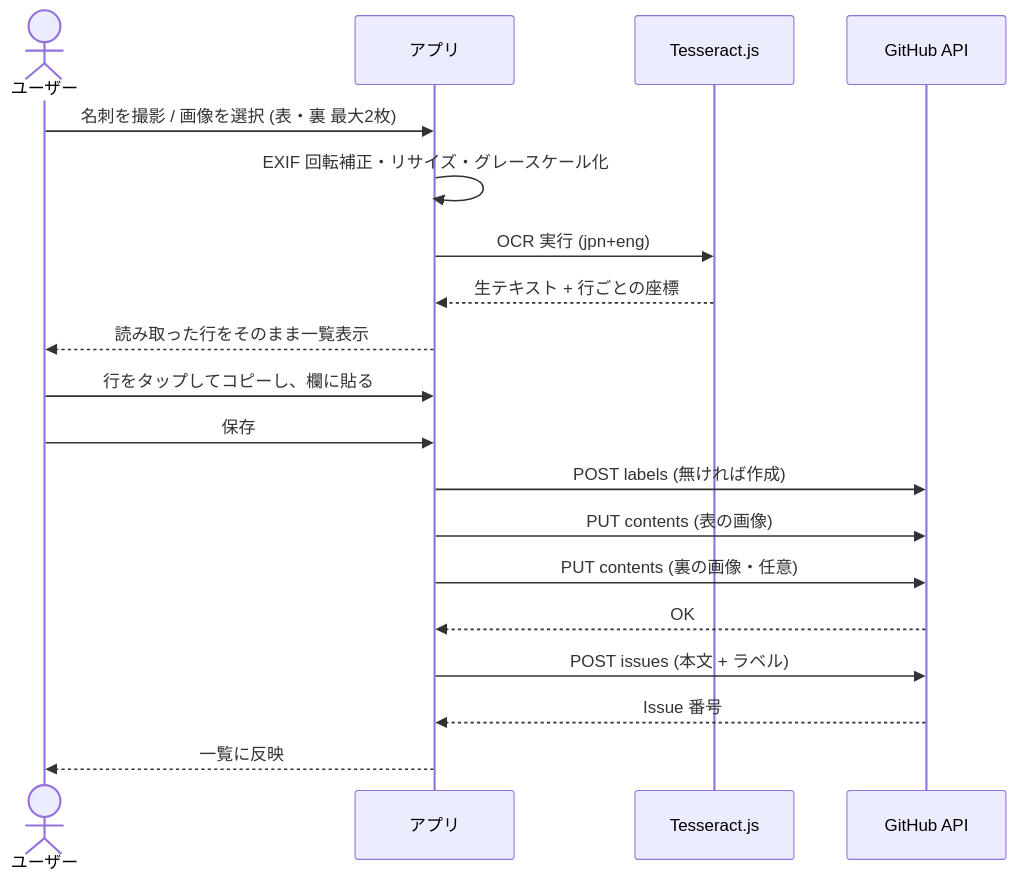
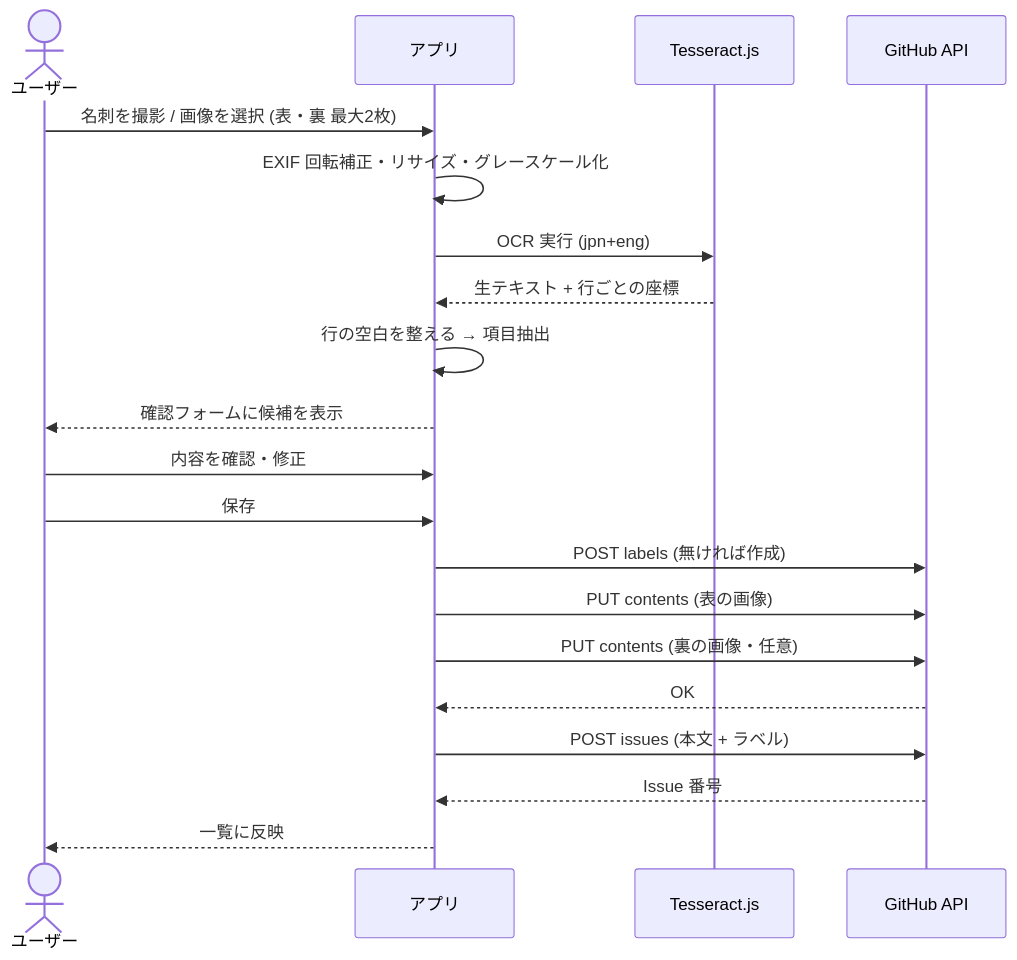
The second of 2 diagrams in docs/architecture.md (ry32767/NameCardRecorder), drawn with Mermaid before and after one commit. The commit also changed other lines of this file and 17 other files, not shown here.

````diff
--- a/docs/architecture.md
+++ b/docs/architecture.md
@@ -204,21 +205,22 @@
 ```mermaid
 sequenceDiagram
     actor U as ユーザー
     participant A as アプリ
     participant T as Tesseract.js
     participant G as GitHub API
     U->>A: 名刺を撮影 / 画像を選択 (表・裏 最大2枚)
     A->>A: EXIF 回転補正・リサイズ・グレースケール化
     A->>T: OCR 実行 (jpn+eng)
     T-->>A: 生テキスト + 行ごとの座標
-    A-->>U: 読み取った行をそのまま一覧表示
-    U->>A: 行をタップしてコピーし、欄に貼る
+    A->>A: 行の空白を整える → 項目抽出
+    A-->>U: 確認フォームに候補を表示
+    U->>A: 内容を確認・修正
     U->>A: 保存
     A->>G: POST labels (無ければ作成)
     A->>G: PUT contents (表の画像)
     A->>G: PUT contents (裏の画像・任意)
     G-->>A: OK
     A->>G: POST issues (本文 + ラベル)
     G-->>A: Issue 番号
     A-->>U: 一覧に反映
 ```
````
